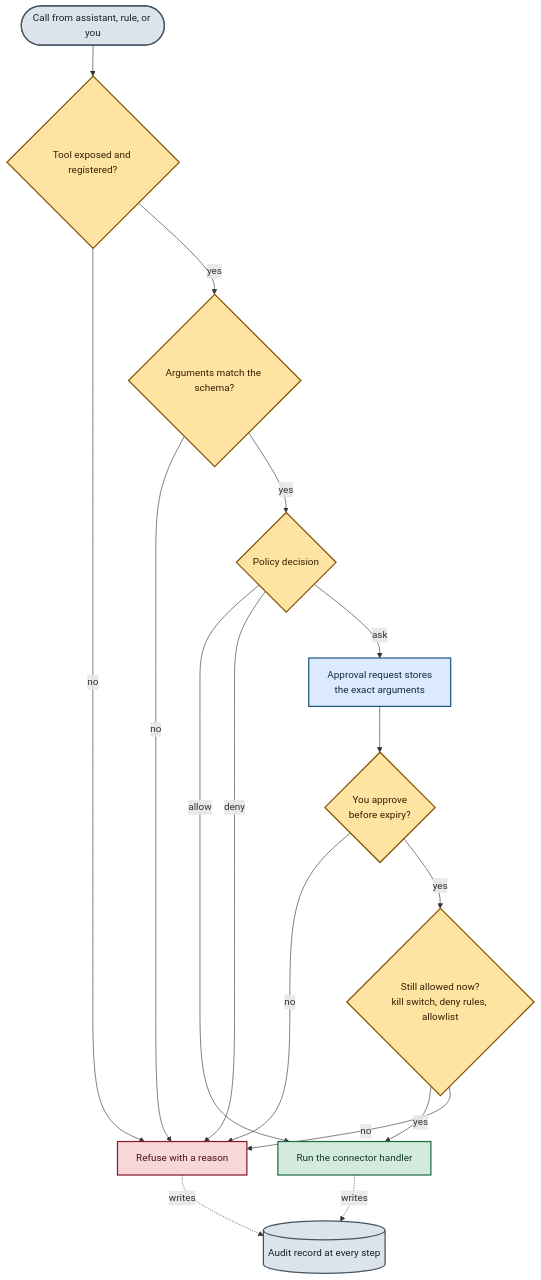
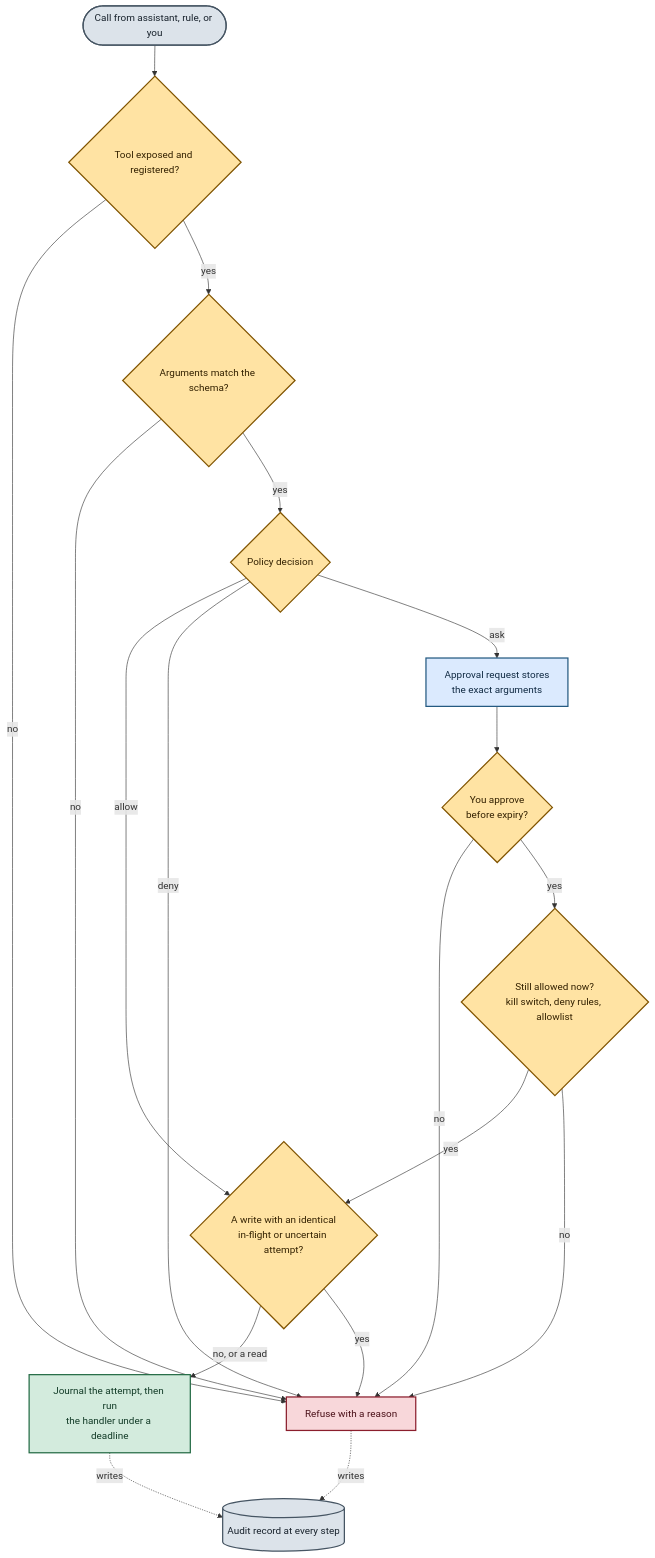
The second of 2 diagrams in docs/ARCHITECTURE.md (waddahmoghram/switchboard), drawn with Mermaid before and after one commit. The commit also changed other lines of this file and 214 other files, not shown here.

````diff
--- a/docs/ARCHITECTURE.md
+++ b/docs/ARCHITECTURE.md
@@ -101,35 +109,38 @@
 ```mermaid
 flowchart TD
     classDef active fill:#DBEAFE,color:#102A43,stroke:#245A81,stroke-width:2px
     classDef caution fill:#FFE3A3,color:#332100,stroke:#805400,stroke-width:2px
     classDef success fill:#D3EBDD,color:#123B27,stroke:#246B45,stroke-width:2px
     classDef critical fill:#F8D7DA,color:#4A1018,stroke:#8B1E2D,stroke-width:2px
     classDef neutral fill:#DCE3EA,color:#17212B,stroke:#465563,stroke-width:2px
 
     CALL(["Call from assistant, rule, or you"]):::neutral
     KNOWN{"Tool exposed and registered?"}:::caution
     VALID{"Arguments match the schema?"}:::caution
     POLICY{"Policy decision"}:::caution
     QUEUE["Approval request stores<br/>the exact arguments"]:::active
     HUMAN{"You approve<br/>before expiry?"}:::caution
     RECHECK{"Still allowed now?<br/>kill switch, deny rules, allowlist"}:::caution
-    RUN["Run the connector handler"]:::success
+    GUARD{"A write with an identical<br/>in-flight or uncertain attempt?"}:::caution
+    RUN["Journal the attempt, then run<br/>the handler under a deadline"]:::success
     REFUSE["Refuse with a reason"]:::critical
     LOG[("Audit record at every step")]:::neutral
 
     CALL --> KNOWN
     KNOWN -->|no| REFUSE
     KNOWN -->|yes| VALID
     VALID -->|no| REFUSE
     VALID -->|yes| POLICY
-    POLICY -->|allow| RUN
+    POLICY -->|allow| GUARD
     POLICY -->|deny| REFUSE
     POLICY -->|ask| QUEUE
     QUEUE --> HUMAN
     HUMAN -->|no| REFUSE
     HUMAN -->|yes| RECHECK
-    RECHECK -->|yes| RUN
+    RECHECK -->|yes| GUARD
     RECHECK -->|no| REFUSE
+    GUARD -->|"no, or a read"| RUN
+    GUARD -->|yes| REFUSE
     RUN -.->|"writes"| LOG
     REFUSE -.->|"writes"| LOG
 ```
````
